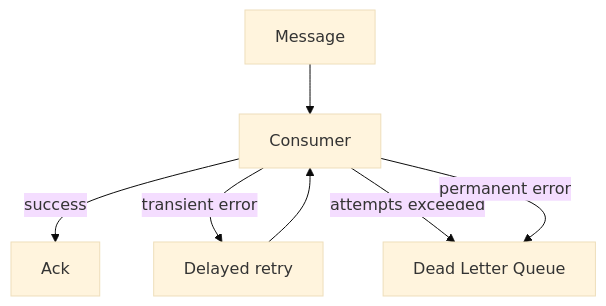
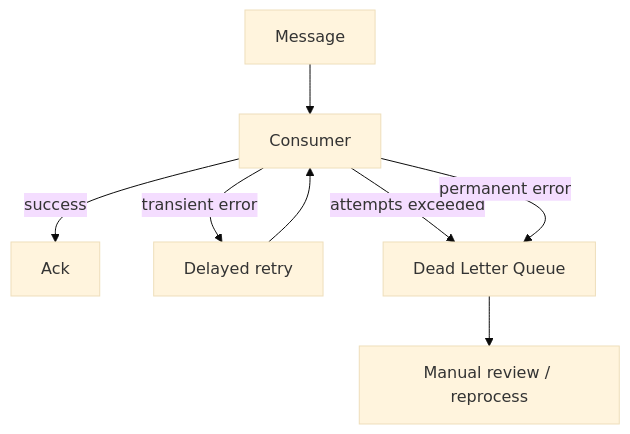
One commit to Kert0n/KPO changed diagram 13 of 23 in lectures/Lec11/vitepress.md. Above: the diagram before and after it, drawn with Mermaid (base theme). The commit also changed other lines of this file and 1 other file, not shown here.

````diff
--- a/lectures/Lec11/vitepress.md
+++ b/lectures/Lec11/vitepress.md
@@ -969,9 +981,10 @@
 ```mermaid
 flowchart TD
     Message["Message"] --> Consumer["Consumer"]
     Consumer -->|"success"| Ack["Ack"]
     Consumer -->|"transient error"| Delay["Delayed retry"]
     Delay --> Consumer
     Consumer -->|"attempts exceeded"| DLQ["Dead Letter Queue"]
     Consumer -->|"permanent error"| DLQ
+    DLQ --> Manual["Manual review / reprocess"]
 ```
````
